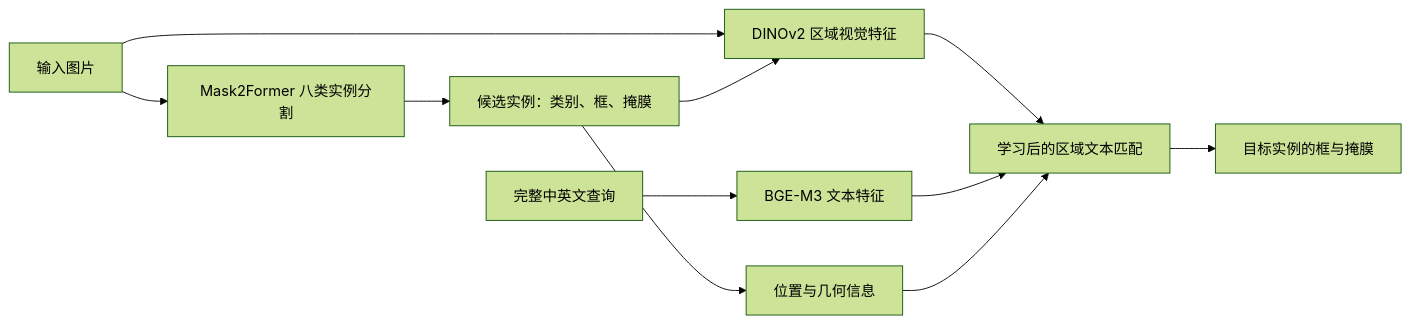
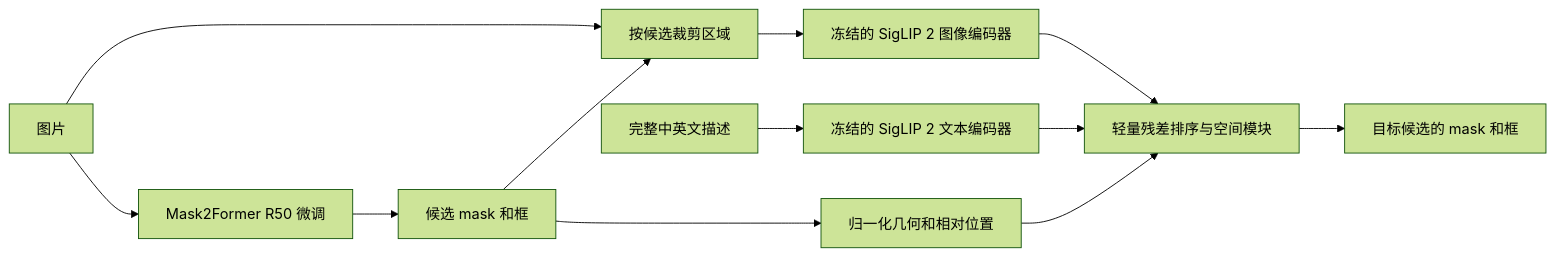
Before and after one commit to rickyliuchunyu/comp4471-fashion-grounding: the diagram in README.md, drawn with Mermaid (forest theme). The commit also changed other lines of this file and 16 other files, not shown here.

Commit message:
Revise course plan around SigLIP 2 grounding and controlled baselines

````diff
--- a/README.md
+++ b/README.md
@@ -27,13 +15,14 @@
 ```mermaid
 flowchart LR
-    I[输入图片] --> S[Mask2Former 八类实例分割]
-    S --> C[候选实例：类别、框、掩膜]
-    I --> V[DINOv2 区域视觉特征]
-    C --> V
-    Q[完整中英文查询] --> T[BGE-M3 文本特征]
-    V --> R[学习后的区域文本匹配]
-    T --> R
-    C --> G[位置与几何信息]
-    G --> R
-    R --> O[目标实例的框与掩膜]
+    I[图片] --> S[Mask2Former R50 微调]
+    S --> C[候选 mask 和框]
+    I --> R[按候选裁剪区域]
+    C --> R
+    R --> V[冻结的 SigLIP 2 图像编码器]
+    Q[完整中英文描述] --> T[冻结的 SigLIP 2 文本编码器]
+    V --> F[轻量残差排序与空间模块]
+    T --> F
+    C --> G[归一化几何和相对位置]
+    G --> F
+    F --> O[目标候选的 mask 和框]
 ```
````
